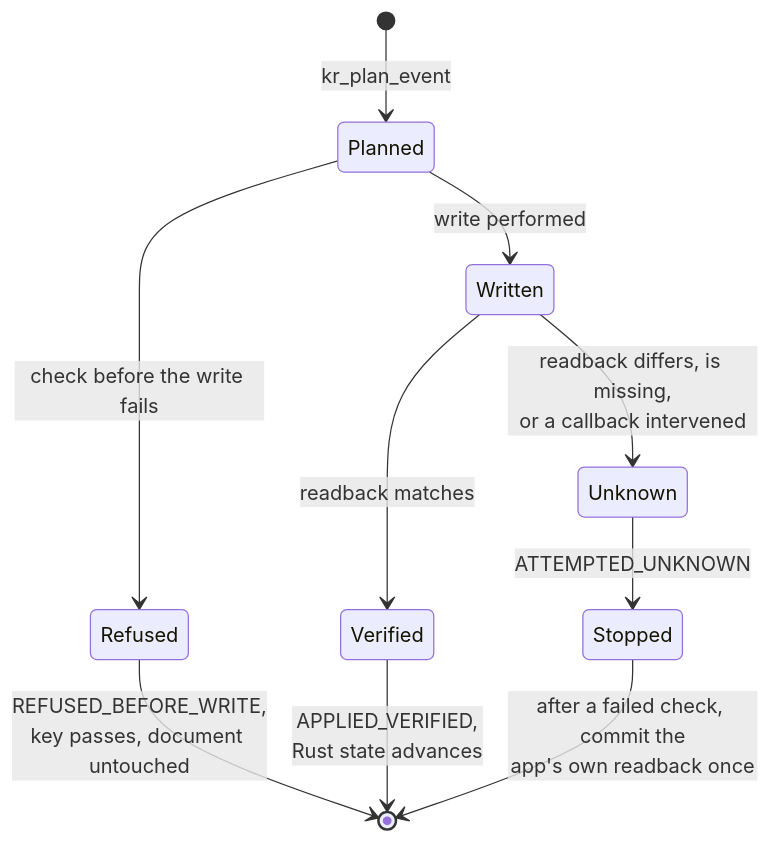
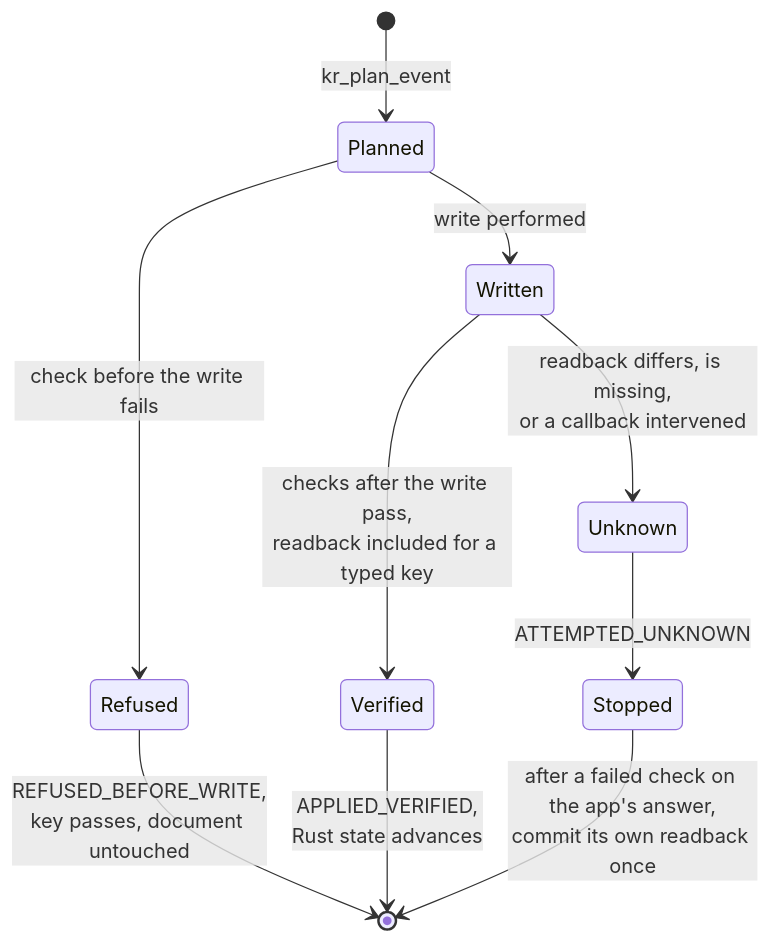
One commit to megabyde/keyrill changed the fourth of 5 diagrams in docs/how-it-works.md. Above: the diagram before and after it, drawn with Mermaid. The commit also changed other lines of this file and 11 other files, not shown here.

First line of the commit message:
docs: edit contract, invariant evidence map and diagram status (#15)

````diff
--- a/docs/how-it-works.md
+++ b/docs/how-it-works.md
@@ -205,12 +205,12 @@
 ```mermaid
 stateDiagram-v2
     [*] --> Planned: kr_plan_event
     Planned --> Refused: check before the write fails
     Planned --> Written: write performed
-    Written --> Verified: readback matches
+    Written --> Verified: checks after the write pass,<br/>readback included for a typed key
     Written --> Unknown: readback differs, is missing,<br/>or a callback intervened
     Refused --> [*]: REFUSED_BEFORE_WRITE,<br/>key passes, document untouched
     Verified --> [*]: APPLIED_VERIFIED,<br/>Rust state advances
     Unknown --> Stopped: ATTEMPTED_UNKNOWN
-    Stopped --> [*]: after a failed check, commit the<br/>app's own readback once
+    Stopped --> [*]: after a failed check on the app's answer,<br/>commit its own readback once
 ```
````
